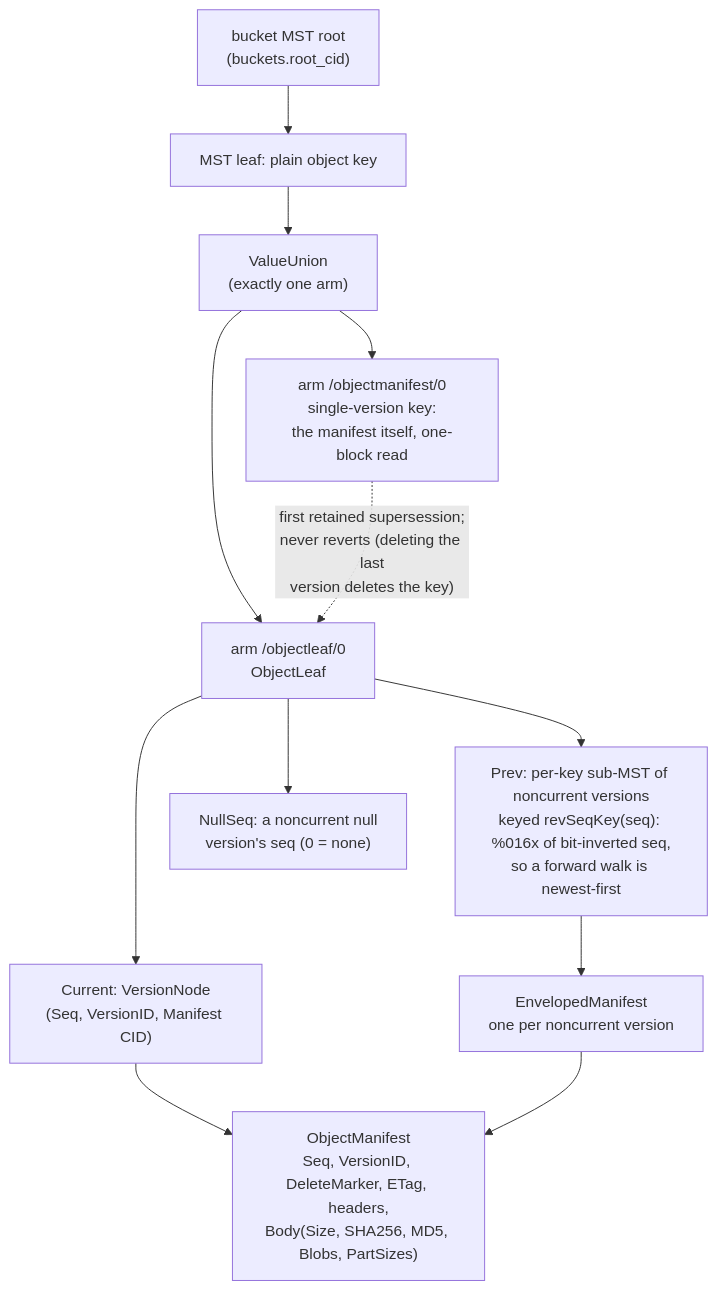
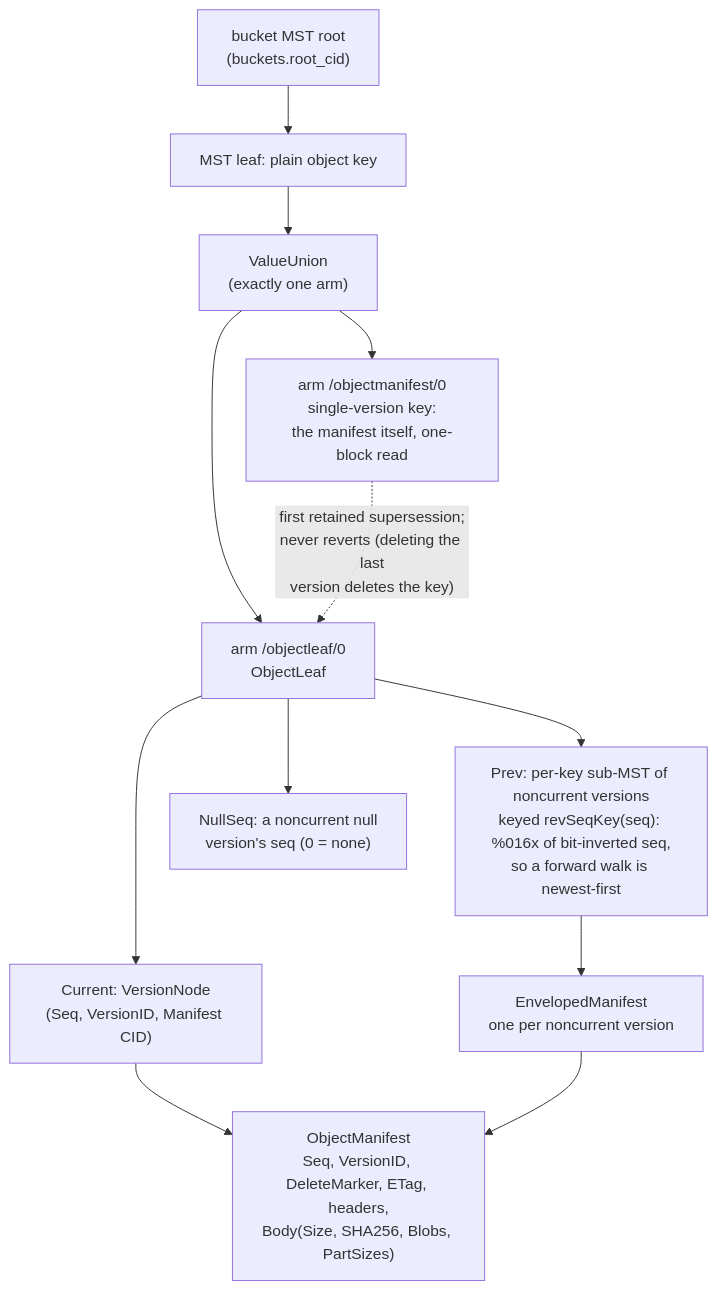
Before and after one commit to fil-forge/ingot: the ninth of 14 diagrams in docs/diagrams.md, drawn with Mermaid. The commit also changed other lines of this file and 37 other files, not shown here.

Commit message:
feat: use sha256 hash as etag

````diff
--- a/docs/diagrams.md
+++ b/docs/diagrams.md
@@ -577,24 +577,24 @@
 ```mermaid
 flowchart TB
     root["bucket MST root<br/>(buckets.root_cid)"]
     leafk["MST leaf: plain object key"]
     union["ValueUnion<br/>(exactly one arm)"]
     mans["arm /objectmanifest/0<br/>single-version key:<br/>the manifest itself, one-block read"]
     leaf["arm /objectleaf/0<br/>ObjectLeaf"]
     cur["Current: VersionNode<br/>(Seq, VersionID, Manifest CID)"]
     prev["Prev: per-key sub-MST of noncurrent versions<br/>keyed revSeqKey(seq): %016x of bit-inverted seq,<br/>so a forward walk is newest-first"]
     nulls["NullSeq: a noncurrent null<br/>version's seq (0 = none)"]
     em["EnvelopedManifest<br/>one per noncurrent version"]
-    mf["ObjectManifest<br/>Seq, VersionID, DeleteMarker, ETag, headers,<br/>Body(Size, SHA256, MD5, Blobs, PartSizes)"]
+    mf["ObjectManifest<br/>Seq, VersionID, DeleteMarker, ETag, headers,<br/>Body(Size, SHA256, Blobs, PartSizes)"]
 
     root --> leafk --> union
     union --> mans
     union --> leaf
     mans -.->|"first retained supersession;<br/>never reverts (deleting the last<br/>version deletes the key)"| leaf
     leaf --> cur
     leaf --> prev
     leaf --> nulls
     prev --> em
     cur --> mf
     em --> mf
 ```
````
